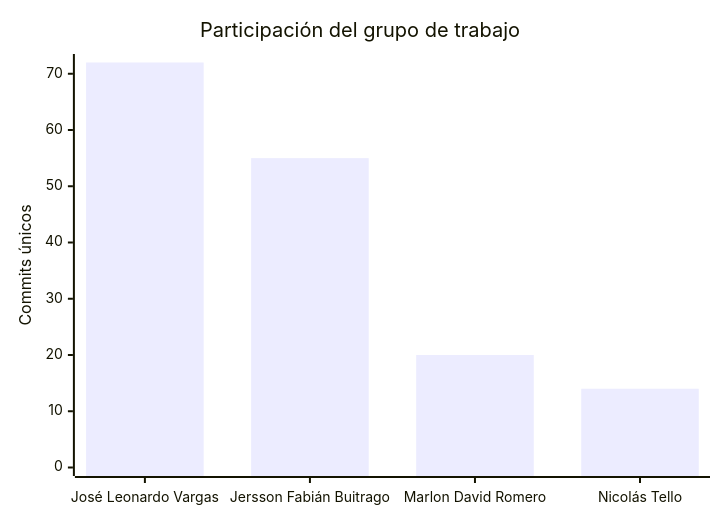
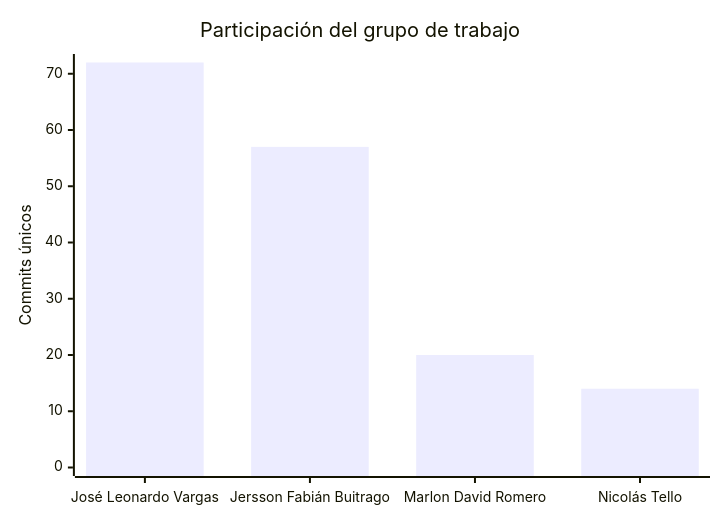
One commit to FarmaExpres/FarmaExpres changed the second of 2 diagrams in README.md. Above: the diagram before and after it, drawn with Mermaid. The commit also changed other lines of this file and 1 other file, not shown here.

````diff
--- a/README.md
+++ b/README.md
@@ -324,7 +323,7 @@
 ```mermaid
 xychart-beta
     title "Participación del grupo de trabajo"
     x-axis ["José Leonardo Vargas", "Jersson Fabián Buitrago", "Marlon David Romero", "Nicolás Tello"]
     y-axis "Commits únicos" 0 --> 72
-    bar [72, 55, 20, 14]
+    bar [72, 57, 20, 14]
 ```
````
